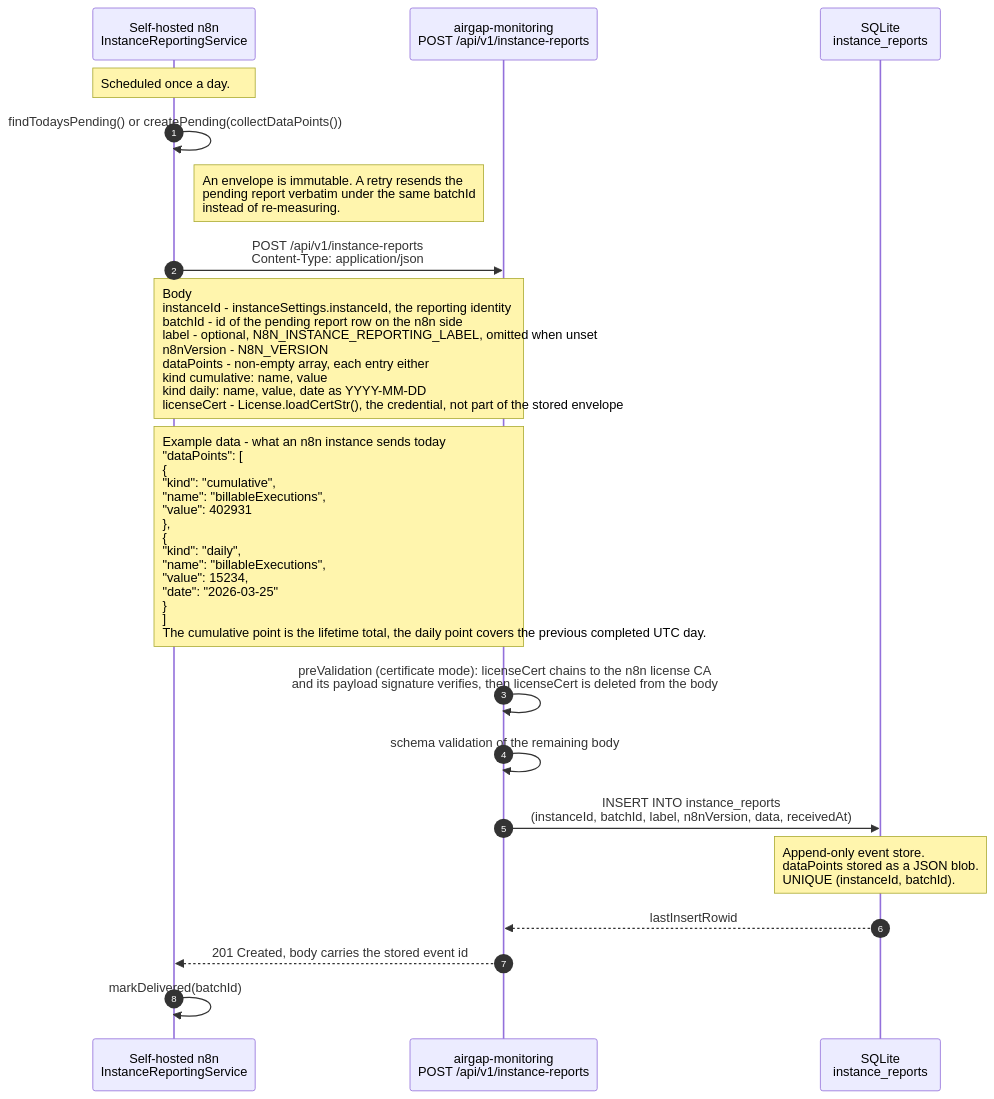
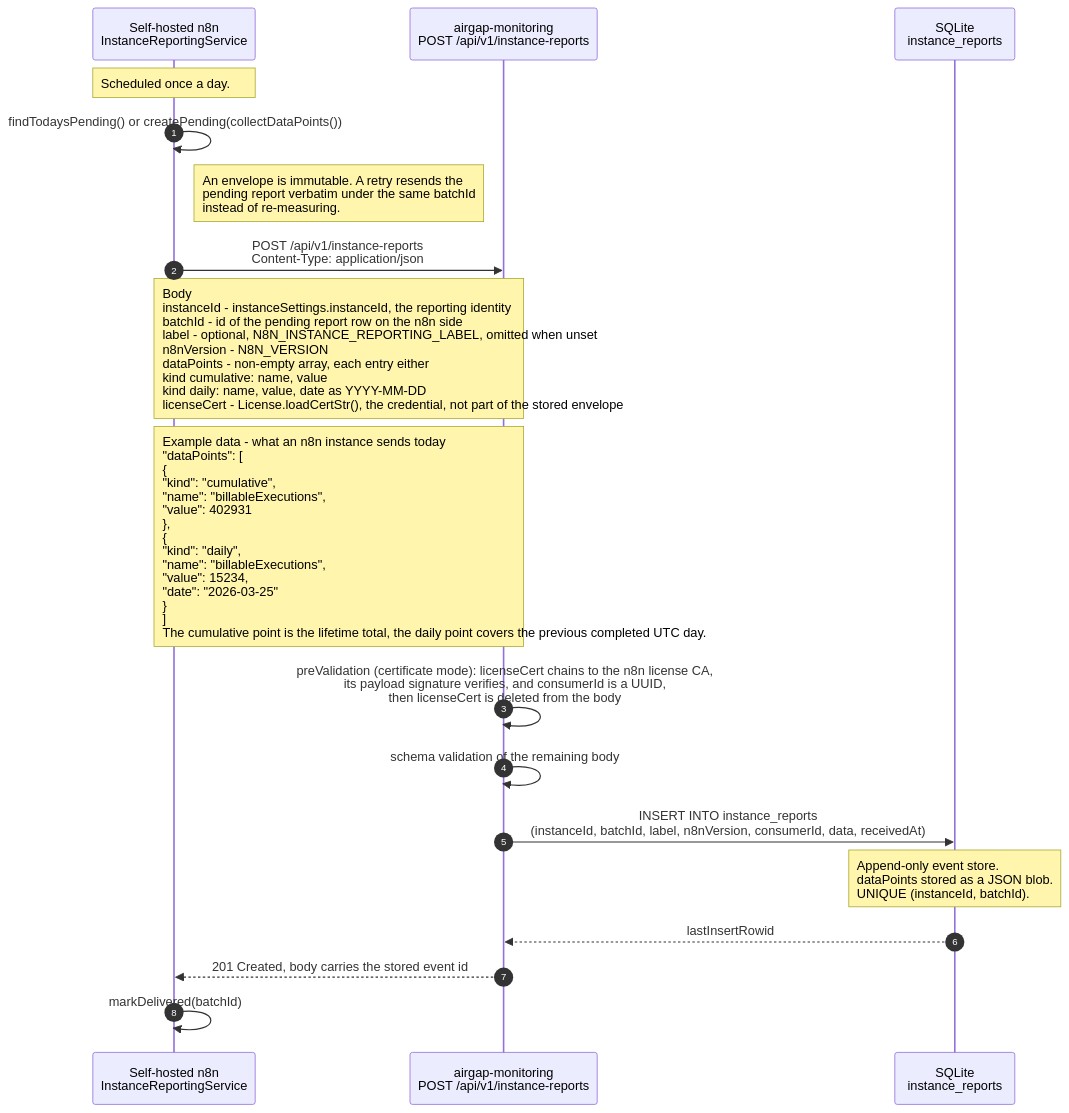
The first of 2 diagrams in docs/DIAGRAMS.md (n8n-io/n8n-airgap-monitoring), drawn with Mermaid before and after one commit. The commit also changed other lines of this file and 26 other files, not shown here.

Commit message:
feat(api): Store the license consumerId on reports and in the download (#66)

````diff
--- a/docs/DIAGRAMS.md
+++ b/docs/DIAGRAMS.md
@@ -22,31 +24,31 @@
 ```mermaid
 ---
 config:
   sequence:
     noteAlign: left
 ---
 sequenceDiagram
     autonumber
     participant N8N as Self-hosted n8n<br/>InstanceReportingService
     participant API as airgap-monitoring<br/>POST /api/v1/instance-reports
     participant DB as SQLite<br/>instance_reports
 
     Note over N8N: Scheduled once a day.
     N8N->>N8N: findTodaysPending() or createPending(collectDataPoints())
     Note right of N8N: An envelope is immutable. A retry resends the<br/>pending report verbatim under the same batchId<br/>instead of re-measuring.
 
     N8N->>API: POST /api/v1/instance-reports<br/>Content-Type: application/json
 
     Note over N8N,API: Body<br/>instanceId - instanceSettings.instanceId, the reporting identity<br/>batchId - id of the pending report row on the n8n side<br/>label - optional, N8N_INSTANCE_REPORTING_LABEL, omitted when unset<br/>n8nVersion - N8N_VERSION<br/>dataPoints - non-empty array, each entry either<br/>kind cumulative: name, value<br/>kind daily: name, value, date as YYYY-MM-DD<br/>licenseCert - License.loadCertStr(), the credential, not part of the stored envelope
 
     Note over N8N,API: Example data - what an n8n instance sends today<br/>"dataPoints": [<br/>{<br/>"kind": "cumulative",<br/>"name": "billableExecutions",<br/>"value": 402931<br/>},<br/>{<br/>"kind": "daily",<br/>"name": "billableExecutions",<br/>"value": 15234,<br/>"date": "2026-03-25"<br/>}<br/>]<br/>The cumulative point is the lifetime total, the daily point covers the previous completed UTC day.
 
-    API->>API: preValidation (certificate mode): licenseCert chains to the n8n license CA<br/>and its payload signature verifies, then licenseCert is deleted from the body
+    API->>API: preValidation (certificate mode): licenseCert chains to the n8n license CA,<br/>its payload signature verifies, and consumerId is a UUID,<br/>then licenseCert is deleted from the body
     API->>API: schema validation of the remaining body
-    API->>DB: INSERT INTO instance_reports<br/>(instanceId, batchId, label, n8nVersion, data, receivedAt)
+    API->>DB: INSERT INTO instance_reports<br/>(instanceId, batchId, label, n8nVersion, consumerId, data, receivedAt)
     Note over DB: Append-only event store.<br/>dataPoints stored as a JSON blob.<br/>UNIQUE (instanceId, batchId).
     DB-->>API: lastInsertRowid
     API-->>N8N: 201 Created, body carries the stored event id
 
     N8N->>N8N: markDelivered(batchId)
 ```
````
